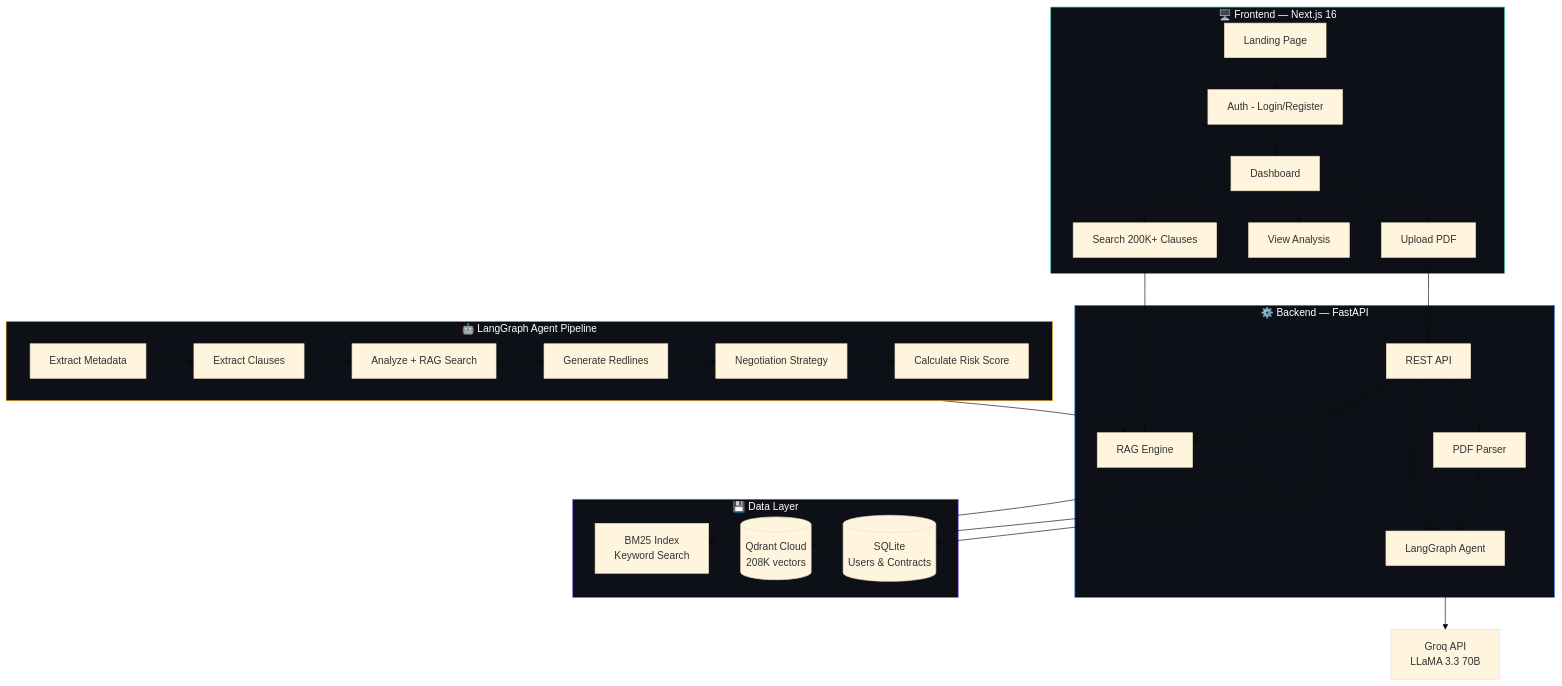
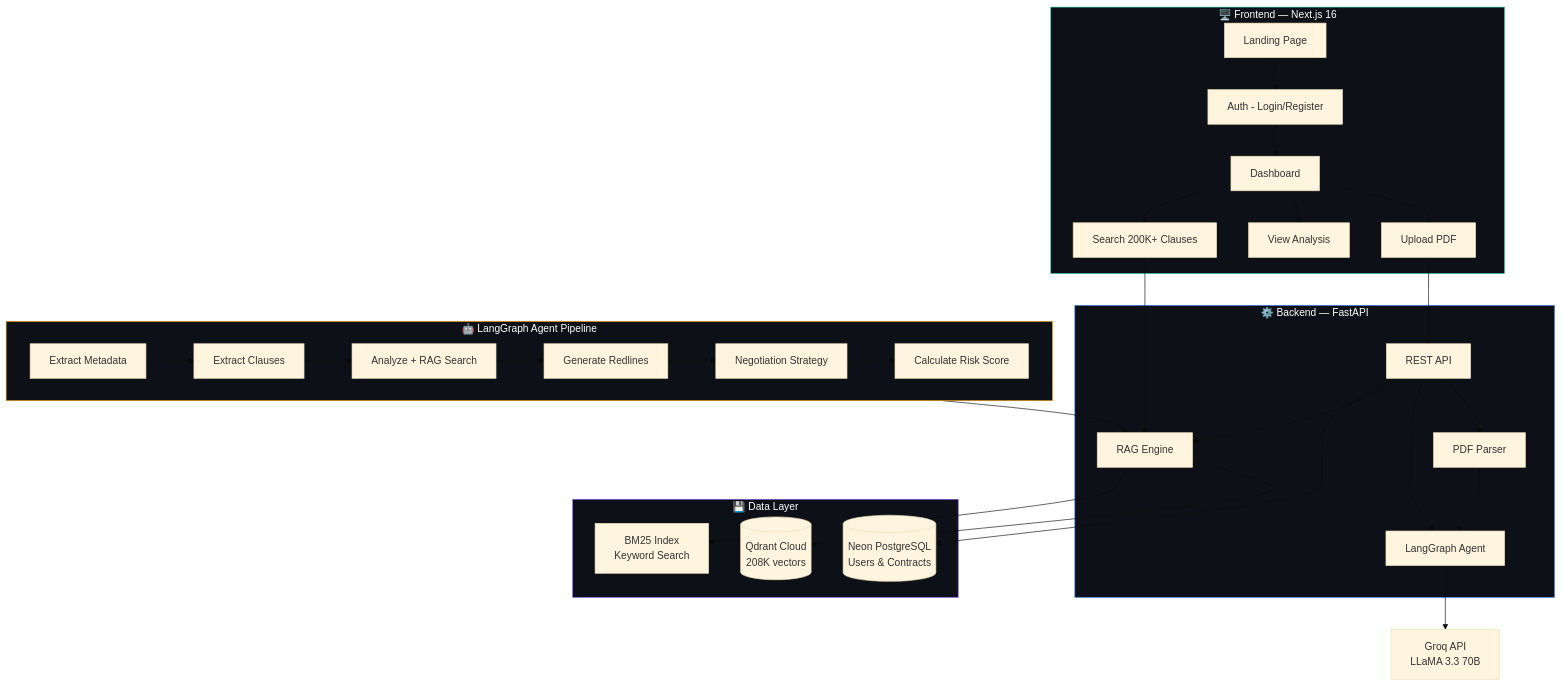
The first of 4 diagrams in README.md (kshitiz-glitch/LegalAI), drawn with Mermaid (base theme) before and after one commit. The commit also changed other lines of this file, not shown here.

Commit message:
docs: add Production Deployment section with HF Spaces + Vercel architecture

````diff
--- a/README.md
+++ b/README.md
@@ -132,45 +132,45 @@
 ```mermaid
 graph TB
     subgraph Frontend["🖥️ Frontend — Next.js 16"]
         LP[Landing Page] --> AUTH[Auth - Login/Register]
         AUTH --> DASH[Dashboard]
         DASH --> UPLOAD[Upload PDF]
         DASH --> VIEW[View Analysis]
         DASH --> SEARCH[Search 200K+ Clauses]
     end
 
     subgraph Backend["⚙️ Backend — FastAPI"]
         API[REST API] --> PDF[PDF Parser]
         API --> AGENT[LangGraph Agent]
         API --> RAG[RAG Engine]
         PDF --> AGENT
     end
 
     subgraph Agent["🤖 LangGraph Agent Pipeline"]
         direction LR
         N1[Extract Metadata] --> N2[Extract Clauses]
         N2 --> N3[Analyze + RAG Search]
         N3 --> N4[Generate Redlines]
         N4 --> N5[Negotiation Strategy]
         N5 --> N6[Calculate Risk Score]
     end
 
     subgraph Data["💾 Data Layer"]
         QDRANT[(Qdrant Cloud\n208K vectors)]
-        SQLITE[(SQLite\nUsers & Contracts)]
+        PG[(Neon PostgreSQL\nUsers & Contracts)]
         BM25[BM25 Index\nKeyword Search]
     end
 
     UPLOAD --> API
     SEARCH --> RAG
     AGENT --> GROQ[Groq API\nLLaMA 3.3 70B]
     RAG --> QDRANT
     RAG --> BM25
     N3 --> RAG
-    API --> SQLITE
+    API --> PG
 
     style Frontend fill:#0d1117,stroke:#1DB68C,color:#fff
     style Backend fill:#0d1117,stroke:#3b82f6,color:#fff
     style Agent fill:#0d1117,stroke:#f59e0b,color:#fff
     style Data fill:#0d1117,stroke:#8b5cf6,color:#fff
 ```
````
